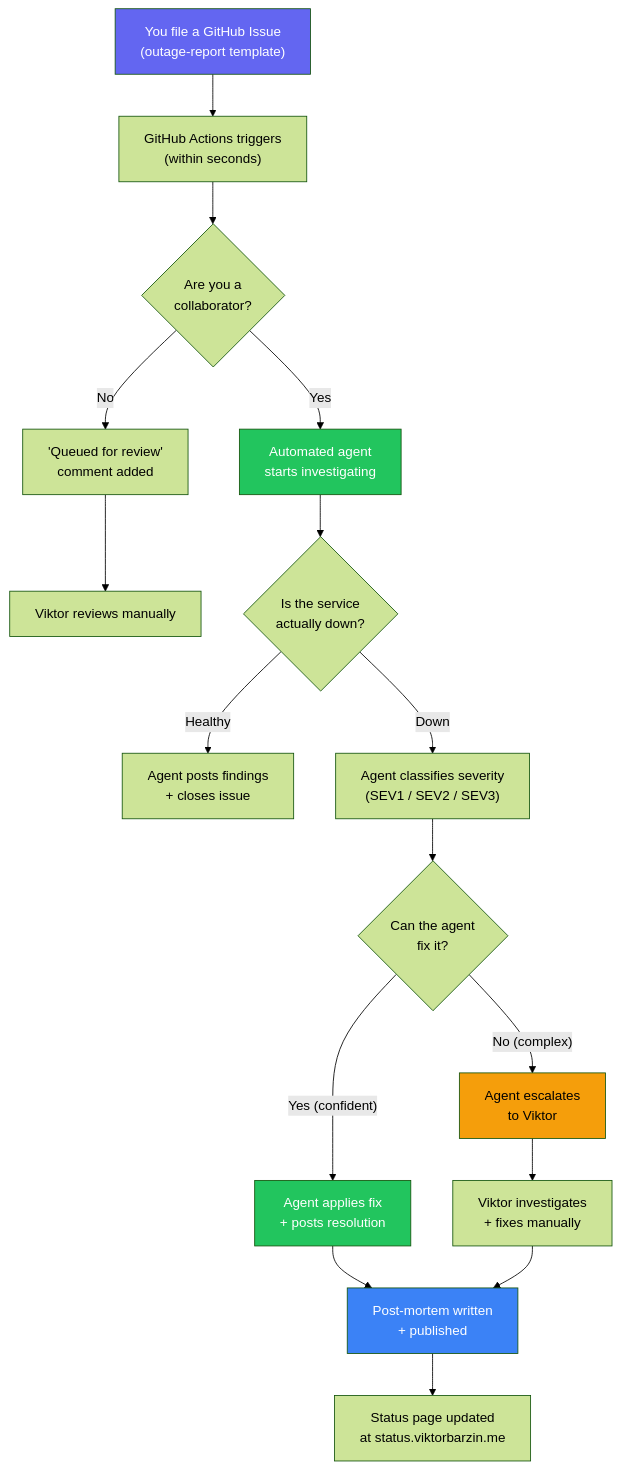
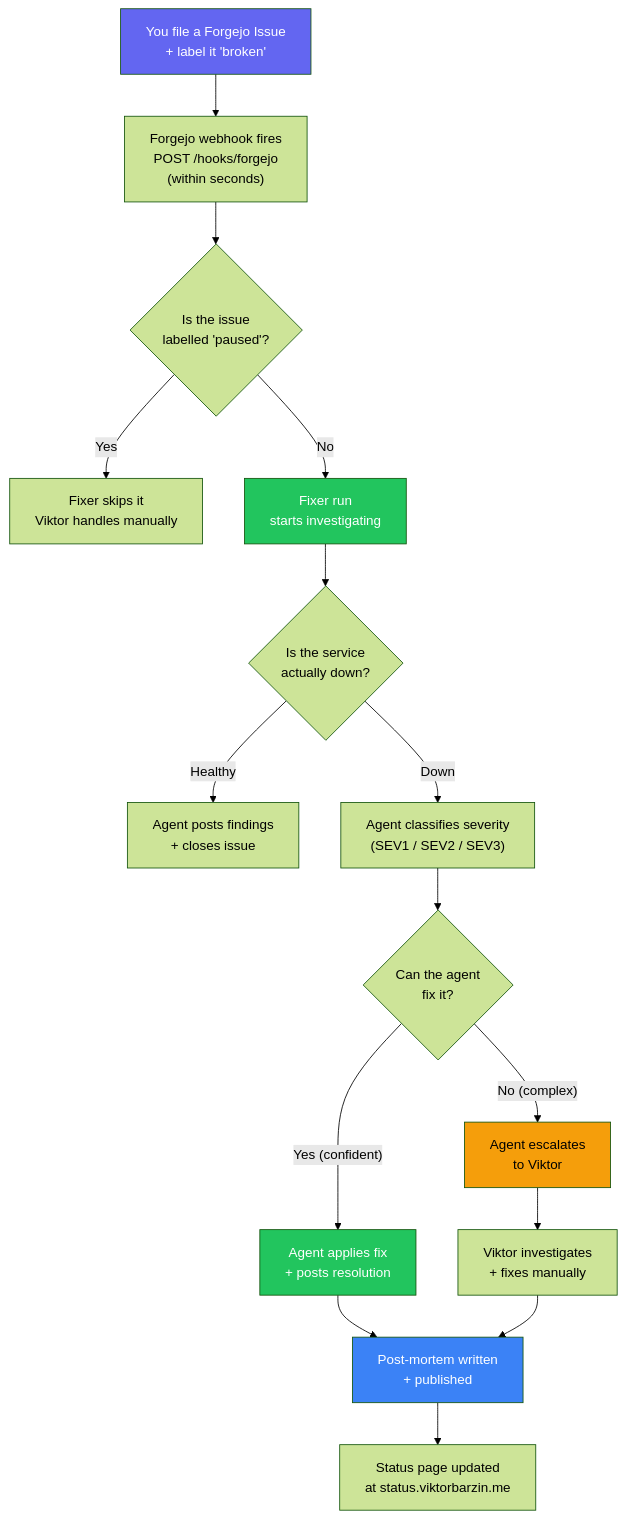
Before and after one commit to ViktorBarzin/infra: the first of 3 diagrams in docs/architecture/incident-response.md, drawn with Mermaid (forest theme). The commit also changed other lines of this file, not shown here.

````diff
--- a/docs/architecture/incident-response.md
+++ b/docs/architecture/incident-response.md
@@ -42,24 +42,23 @@
 ```mermaid
 flowchart TD
-    A["You file a GitHub Issue<br/>(outage-report template)"] --> B["GitHub Actions triggers<br/>(within seconds)"]
-    B --> C{Are you a<br/>collaborator?}
-    C -->|No| D["'Queued for review'<br/>comment added"]
-    D --> E["Viktor reviews manually"]
-    C -->|Yes| F["Automated agent<br/>starts investigating"]
+    A["You file a Forgejo Issue<br/>+ label it 'broken'"] --> B["Forgejo webhook fires<br/>POST /hooks/forgejo<br/>(within seconds)"]
+    B --> C{Is the issue<br/>labelled 'paused'?}
+    C -->|Yes| D["Fixer skips it<br/>Viktor handles manually"]
+    C -->|No| F["Fixer run<br/>starts investigating"]
     F --> G{Is the service<br/>actually down?}
     G -->|"Healthy"| H["Agent posts findings<br/>+ closes issue"]
     G -->|"Down"| I["Agent classifies severity<br/>(SEV1 / SEV2 / SEV3)"]
     I --> J{Can the agent<br/>fix it?}
     J -->|"Yes (confident)"| K["Agent applies fix<br/>+ posts resolution"]
     J -->|"No (complex)"| L["Agent escalates<br/>to Viktor"]
     K --> M["Post-mortem written<br/>+ published"]
     L --> N["Viktor investigates<br/>+ fixes manually"]
     N --> M
     M --> O["Status page updated<br/>at status.viktorbarzin.me"]
 
     style A fill:#6366f1,color:#fff
     style F fill:#22c55e,color:#fff
     style K fill:#22c55e,color:#fff
     style L fill:#f59e0b,color:#000
     style M fill:#3b82f6,color:#fff
 ```
````
